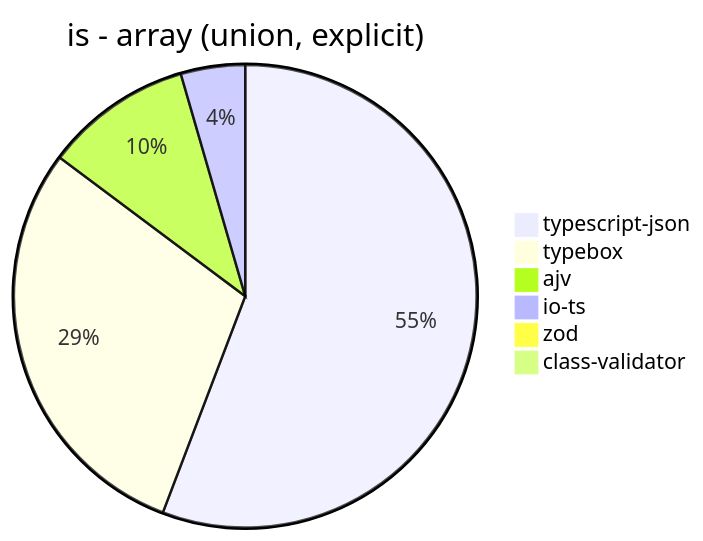
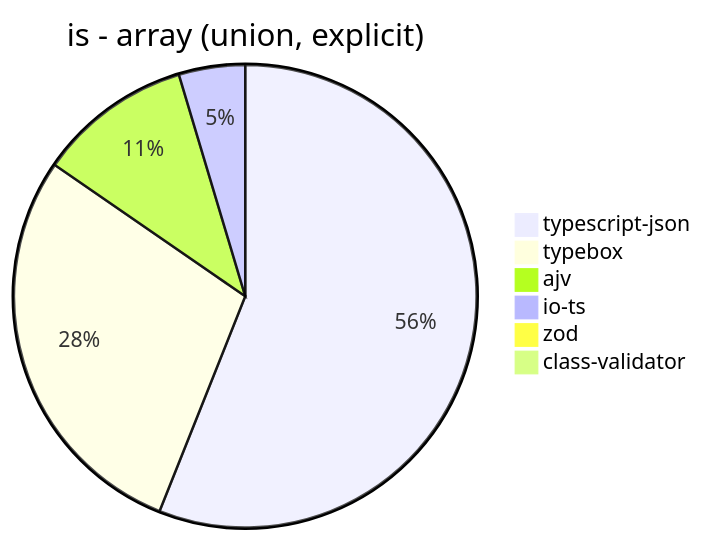
Before and after one commit to samchon/typia: the seventh of 9 diagrams in benchmark/results/AMD Ryzen 7 3700X 8-Core Processor.md, drawn with Mermaid. The commit also changed other lines of this file and 2 other files, not shown here.

````diff
--- a/benchmark/results/AMD Ryzen 7 3700X 8-Core Processor.md
+++ b/benchmark/results/AMD Ryzen 7 3700X 8-Core Processor.md
@@ -88,9 +88,9 @@
 ```mermaid
 pie title is - array (union, explicit)
-  "typescript-json": 3335.500650195059
-  "typebox": 1758.8705182983467
-  "ajv": 615.4128440366972
-  "io-ts": 268.5829366532406
-  "zod": 2.719361856417694
-  "class-validator": 31.25591968175791
+  "typescript-json": 3341.4137675795705
+  "typebox": 1703.2723239046036
+  "ajv": 641.9799032378116
+  "io-ts": 276.1459307764266
+  "zod": 2.754315093646713
+  "class-validator": 31.662269129287598
 ```
````
